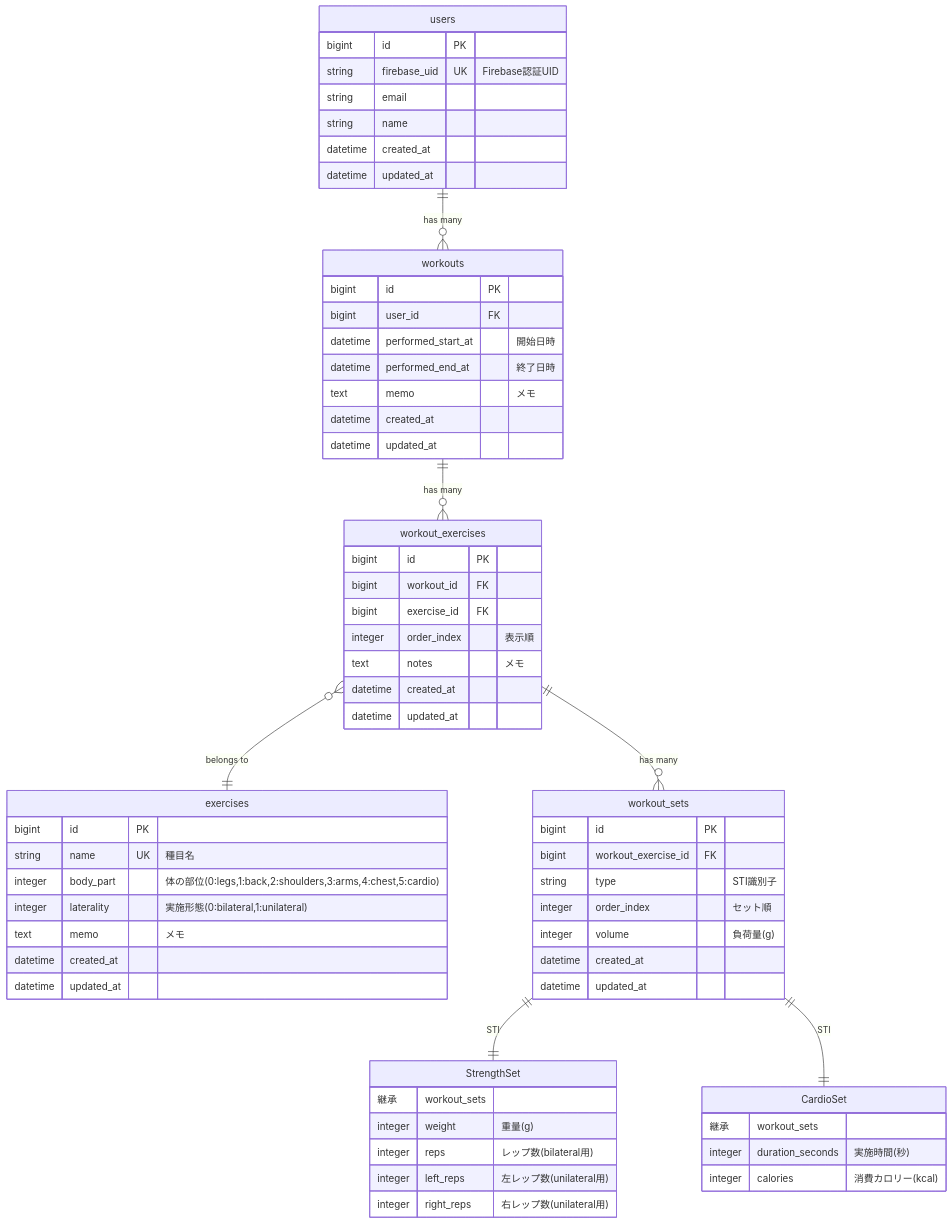
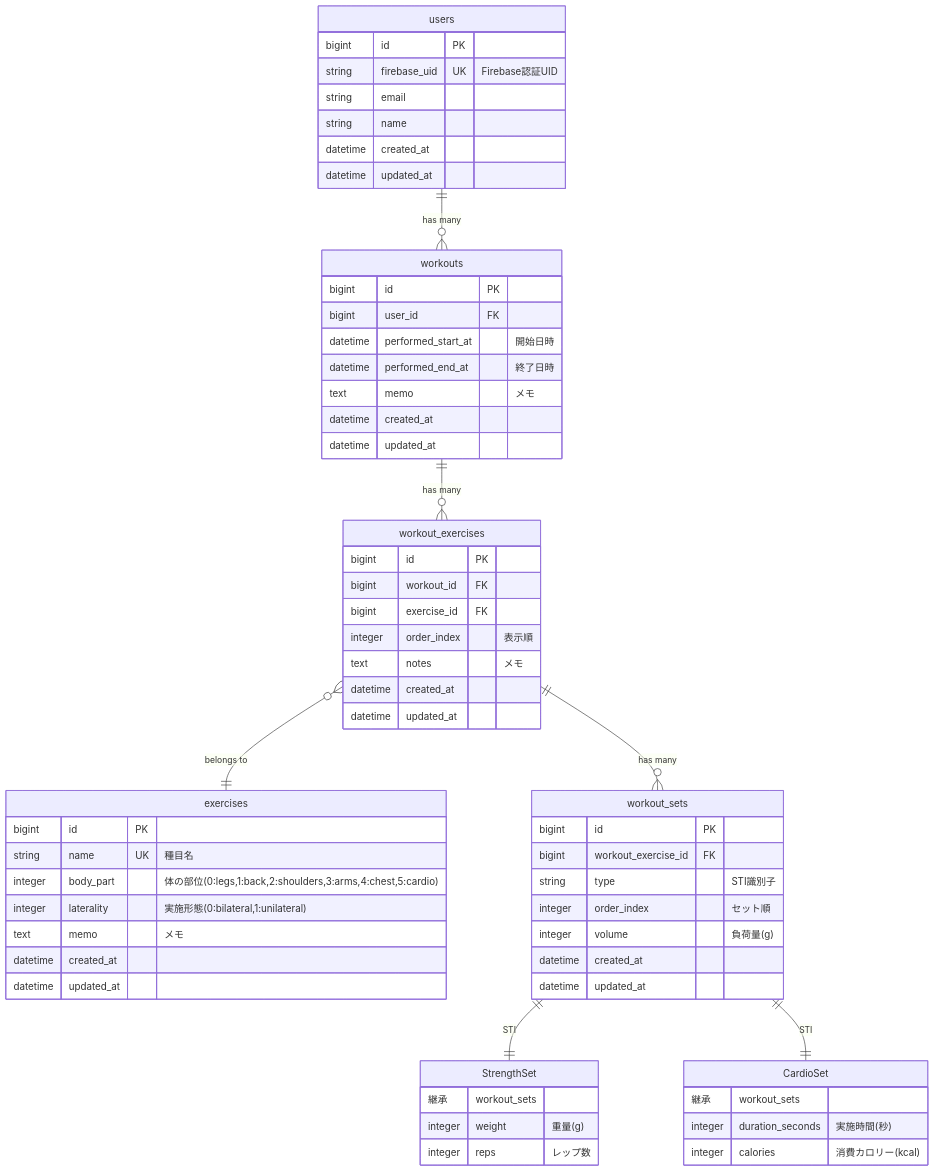
Before and after one commit to ANTON072/gym-note-api: the diagram in docs/データベース設計.md, drawn with Mermaid. The commit also changed other lines of this file and 14 other files, not shown here.

````diff
--- a/docs/データベース設計.md
+++ b/docs/データベース設計.md
@@ -5,72 +5,70 @@
 ```mermaid
 erDiagram
     users ||--o{ workouts : "has many"
     workouts ||--o{ workout_exercises : "has many"
     workout_exercises }o--|| exercises : "belongs to"
     workout_exercises ||--o{ workout_sets : "has many"
     workout_sets ||--|| StrengthSet : "STI"
     workout_sets ||--|| CardioSet : "STI"
 
     users {
         bigint id PK
         string firebase_uid UK "Firebase認証UID"
         string email
         string name
         datetime created_at
         datetime updated_at
     }
 
     exercises {
         bigint id PK
         string name UK "種目名"
         integer body_part "体の部位(0:legs,1:back,2:shoulders,3:arms,4:chest,5:cardio)"
         integer laterality "実施形態(0:bilateral,1:unilateral)"
         text memo "メモ"
         datetime created_at
         datetime updated_at
     }
 
     workouts {
         bigint id PK
         bigint user_id FK
         datetime performed_start_at "開始日時"
         datetime performed_end_at "終了日時"
         text memo "メモ"
         datetime created_at
         datetime updated_at
     }
 
     workout_exercises {
         bigint id PK
         bigint workout_id FK
         bigint exercise_id FK
         integer order_index "表示順"
         text notes "メモ"
         datetime created_at
         datetime updated_at
     }
 
     workout_sets {
         bigint id PK
         bigint workout_exercise_id FK
         string type "STI識別子"
         integer order_index "セット順"
         integer volume "負荷量(g)"
         datetime created_at
         datetime updated_at
     }
 
     StrengthSet {
         継承 workout_sets
         integer weight "重量(g)"
-        integer reps "レップ数(bilateral用)"
-        integer left_reps "左レップ数(unilateral用)"
-        integer right_reps "右レップ数(unilateral用)"
+        integer reps "レップ数"
     }
 
     CardioSet {
         継承 workout_sets
         integer duration_seconds "実施時間(秒)"
         integer calories "消費カロリー(kcal)"
     }
 ```
````
